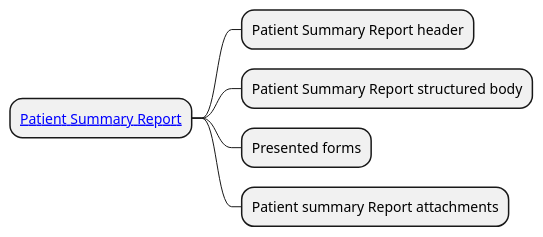
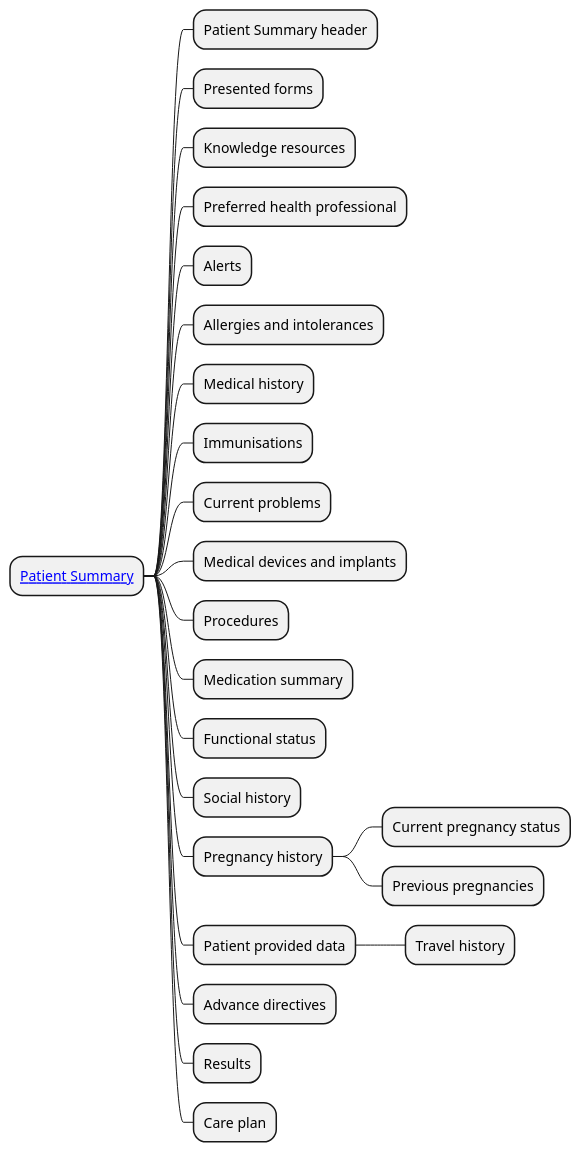
Before and after one commit to Xt-EHR/xt-ehr-common: the diagram in input/images-source/PsReport_CIM.plantuml, drawn with PlantUML. The commit also changed 1 other file, not shown here.

Commit message:
fix broken links and diagram PS

```diff
--- a/input/images-source/PsReport_CIM.plantuml
+++ b/input/images-source/PsReport_CIM.plantuml
@@ -1,8 +1,26 @@
 @startmindmap
 skinparam topurl StructureDefinition-
-* [[EHDSPatientSummary.html Patient Summary Report]]
-** Patient Summary Report header
-** Patient Summary Report structured body
+* [[EHDSPatientSummary.html Patient Summary]]
+** Patient Summary header
 ** Presented forms
-** Patient summary Report attachments
+** Knowledge resources
+** Preferred health professional
+** Alerts
+** Allergies and intolerances
+** Medical history
+** Immunisations
+** Current problems
+** Medical devices and implants
+** Procedures
+** Medication summary
+** Functional status
+** Social history
+** Pregnancy history
+*** Current pregnancy status
+*** Previous pregnancies
+** Patient provided data
+*** Travel history
+** Advance directives
+** Results
+** Care plan
 @endmindmap
```
